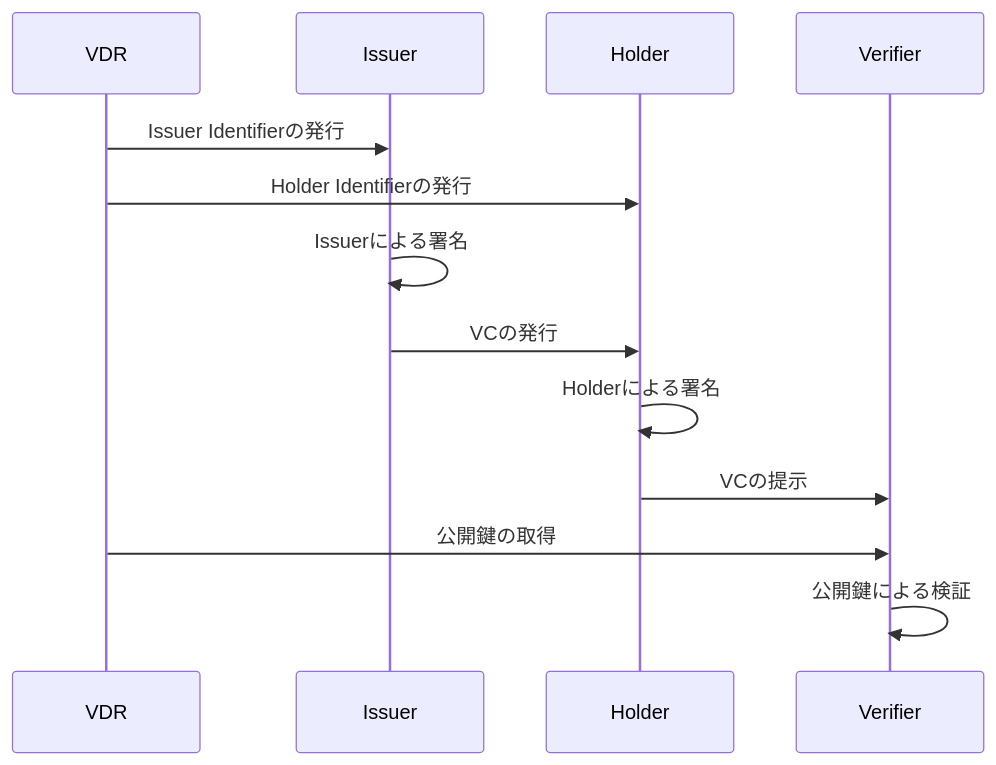
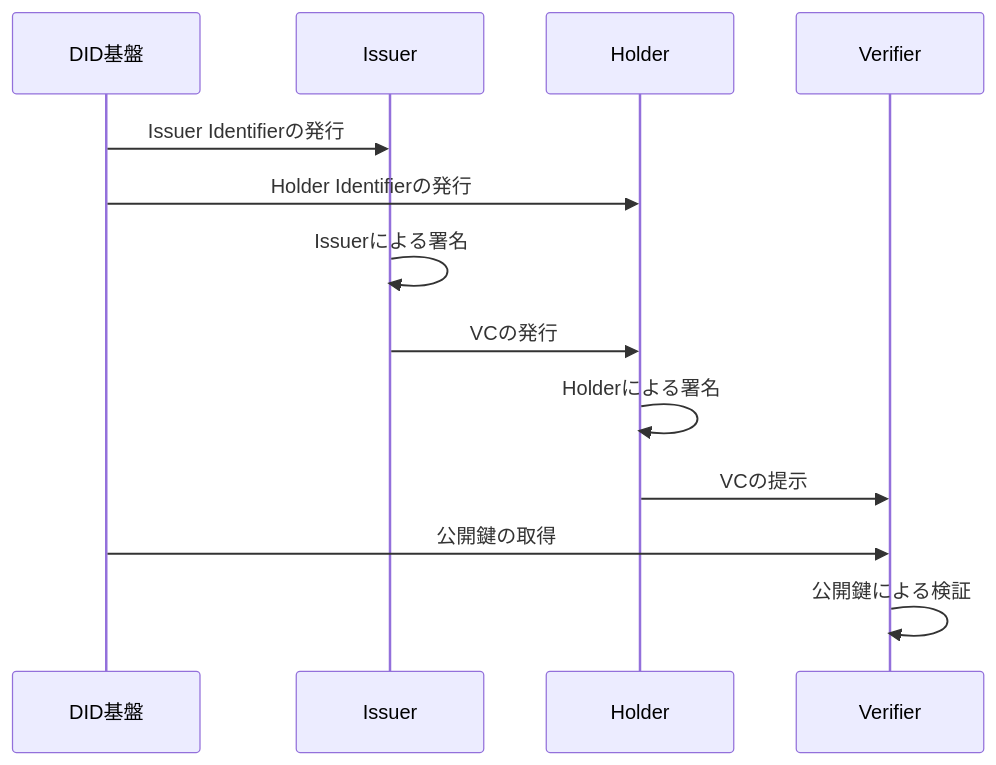
One commit to TrustedWebPromotionCouncil/trusted-web-implementation-guideline changed the diagram in A_パターン/学生証を用いた学割のユースケース.md. Above: the diagram before and after it, drawn with Mermaid. The commit also changed other lines of this file, not shown here.

````diff
--- a/A_パターン/学生証を用いた学割のユースケース.md
+++ b/A_パターン/学生証を用いた学割のユースケース.md
@@ -79,11 +79,11 @@
 ```mermaid
 sequenceDiagram
-    VDR ->> Issuer: Issuer Identifierの発行
-    VDR ->> Holder: Holder Identifierの発行
+    DID基盤 ->> Issuer: Issuer Identifierの発行
+    DID基盤 ->> Holder: Holder Identifierの発行
     Issuer ->> Issuer: Issuerによる署名
     Issuer ->> Holder: VCの発行
     Holder ->> Holder: Holderによる署名
     Holder ->> Verifier: VCの提示
-    VDR ->> Verifier: 公開鍵の取得
+    DID基盤 ->> Verifier: 公開鍵の取得
     Verifier ->> Verifier: 公開鍵による検証
 ```
````
